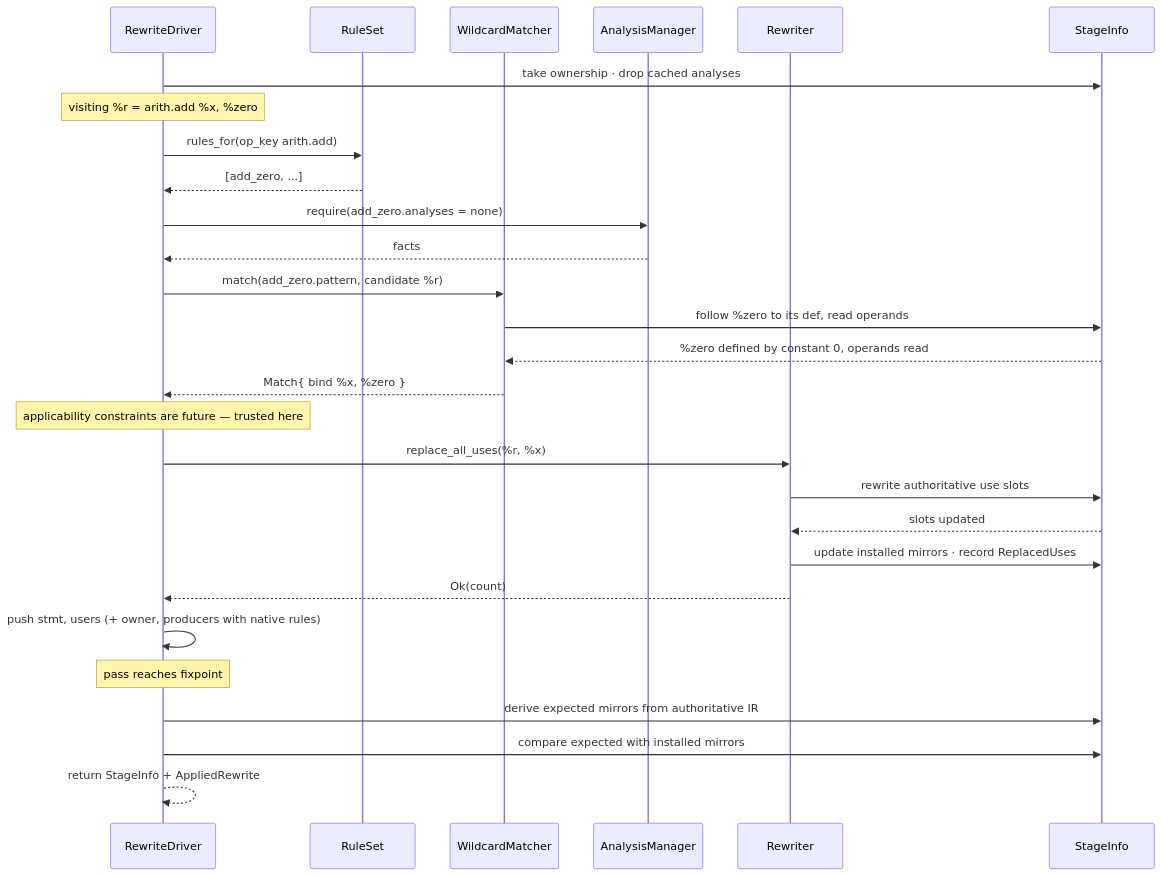
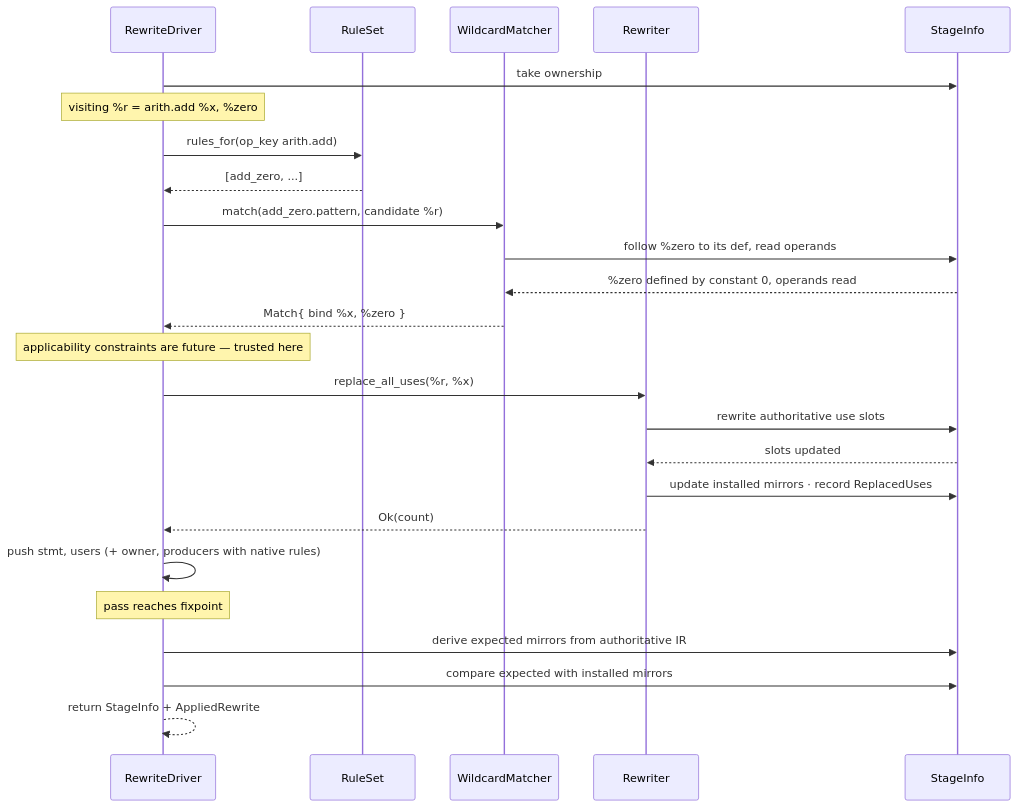
One commit to QuEraComputing/kirin changed the third of 3 diagrams in docs/design/rewrite-engine.md. Above: the diagram before and after it, drawn with Mermaid. The commit also changed other lines of this file, not shown here.

Commit message:
docs(rewrite): describe the analysis database in the rewrite engine design

````diff
--- a/docs/design/rewrite-engine.md
+++ b/docs/design/rewrite-engine.md
@@ -211,30 +213,27 @@
 ```mermaid
 sequenceDiagram
   participant D as RewriteDriver
   participant RS as RuleSet
   participant M as WildcardMatcher
-  participant AM as AnalysisManager
   participant RW as Rewriter
   participant IR as StageInfo
-  D->>IR: take ownership · drop cached analyses
+  D->>IR: take ownership
   Note over D: visiting %r = arith.add %x, %zero
   D->>RS: rules_for(op_key arith.add)
   RS-->>D: [add_zero, ...]
-  D->>AM: require(add_zero.analyses = none)
-  AM-->>D: facts
   D->>M: match(add_zero.pattern, candidate %r)
   M->>IR: follow %zero to its def, read operands
   IR-->>M: %zero defined by constant 0, operands read
   M-->>D: Match{ bind %x, %zero }
   Note over D: applicability constraints are future — trusted here
   D->>RW: replace_all_uses(%r, %x)
   RW->>IR: rewrite authoritative use slots
   IR-->>RW: slots updated
   RW->>IR: update installed mirrors · record ReplacedUses
   RW-->>D: Ok(count)
   D->>D: push stmt, users (+ owner, producers with native rules)
   Note over D: pass reaches fixpoint
   D->>IR: derive expected mirrors from authoritative IR
   D->>IR: compare expected with installed mirrors
   D-->>D: return StageInfo + AppliedRewrite
 ```
````
